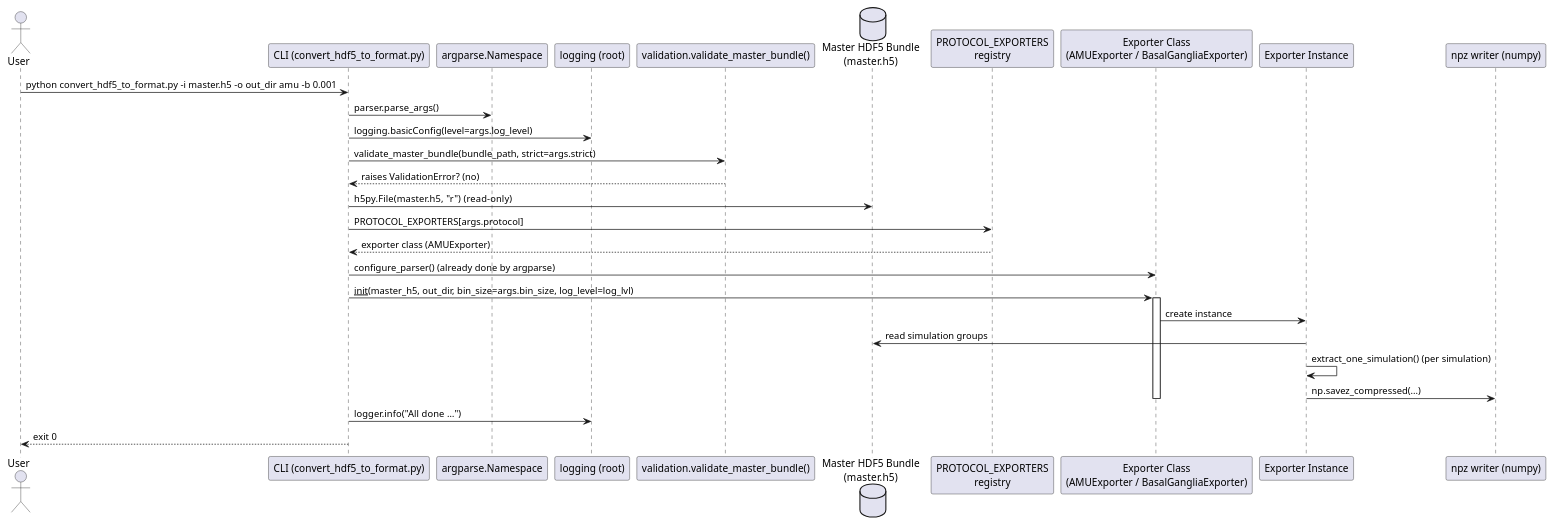
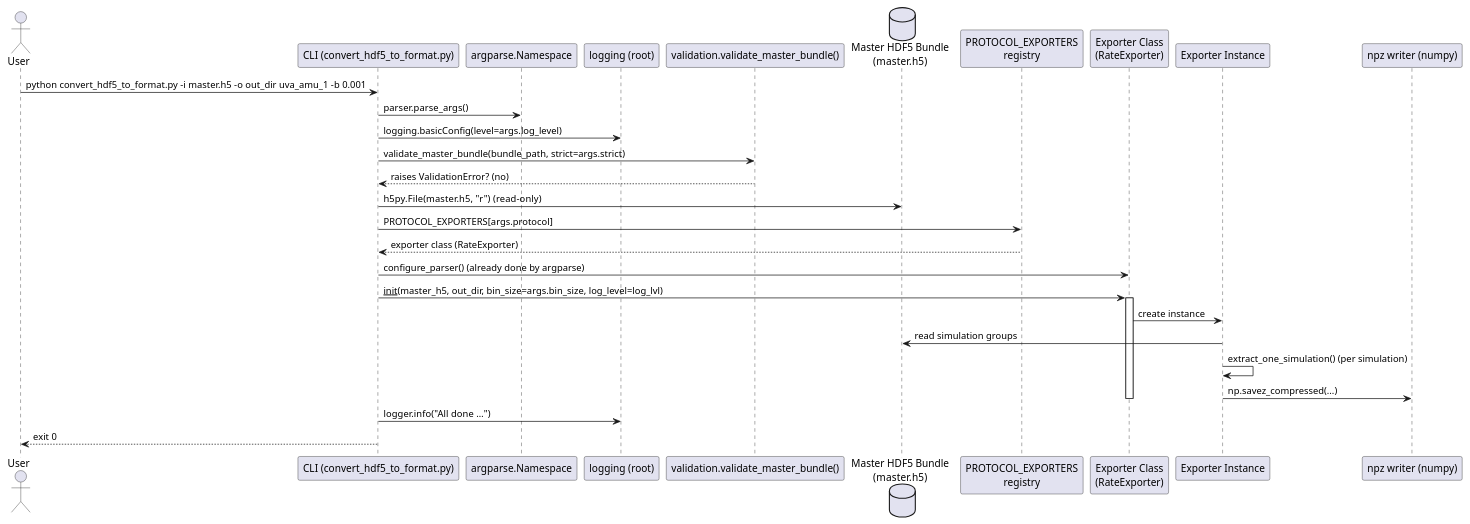
One commit to virtual-brain-twins/vbt-converter changed the diagram in docs/sd_hdf5_to_protocol_format.puml. Above: the diagram before and after it, drawn with PlantUML. The commit also changed 31 other files, not shown here.

```diff
--- a/docs/sd_hdf5_to_protocol_format.puml
+++ b/docs/sd_hdf5_to_protocol_format.puml
@@ -1,36 +1,36 @@
 @startuml sd_hdf5_to_protocol_format
 actor User as u
 participant "CLI (convert_hdf5_to_format.py)" as cli
 participant "argparse.Namespace" as args
 participant "logging (root)" as rootlog
 participant "validation.validate_master_bundle()" as validator
 database "Master HDF5 Bundle\n(master.h5)" as h5file
 participant "PROTOCOL_EXPORTERS\nregistry" as exporter_reg
-participant "Exporter Class\n(AMUExporter / BasalGangliaExporter)" as exporter
+participant "Exporter Class\n(RateExporter)" as exporter
 participant "Exporter Instance" as exp_inst
 participant "npz writer (numpy)" as npz
 
-u -> cli : python convert_hdf5_to_format.py -i master.h5 -o out_dir amu -b 0.001
+u -> cli : python convert_hdf5_to_format.py -i master.h5 -o out_dir uva_amu_1 -b 0.001
 cli -> args : parser.parse_args()
 cli -> rootlog : logging.basicConfig(level=args.log_level)
 
 cli -> validator : validate_master_bundle(bundle_path, strict=args.strict)
 validator --> cli : raises ValidationError? (no)
 
 cli -> h5file : h5py.File(master.h5, "r")  (read‑only)
 cli -> exporter_reg : PROTOCOL_EXPORTERS[args.protocol]
-exporter_reg --> cli : exporter class (AMUExporter)
+exporter_reg --> cli : exporter class (RateExporter)
 
 cli -> exporter : configure_parser() (already done by argparse)
 
 cli -> exporter : __init__(master_h5, out_dir, bin_size=args.bin_size, log_level=log_lvl)
 activate exporter
 exporter -> exp_inst : create instance
 exp_inst -> h5file : read simulation groups
 exp_inst -> exp_inst : extract_one_simulation() (per simulation)
 exp_inst -> npz : np.savez_compressed(...)
 deactivate exporter
 
 cli -> rootlog : logger.info("All done …")
 cli --> u : exit 0
 @enduml
```
